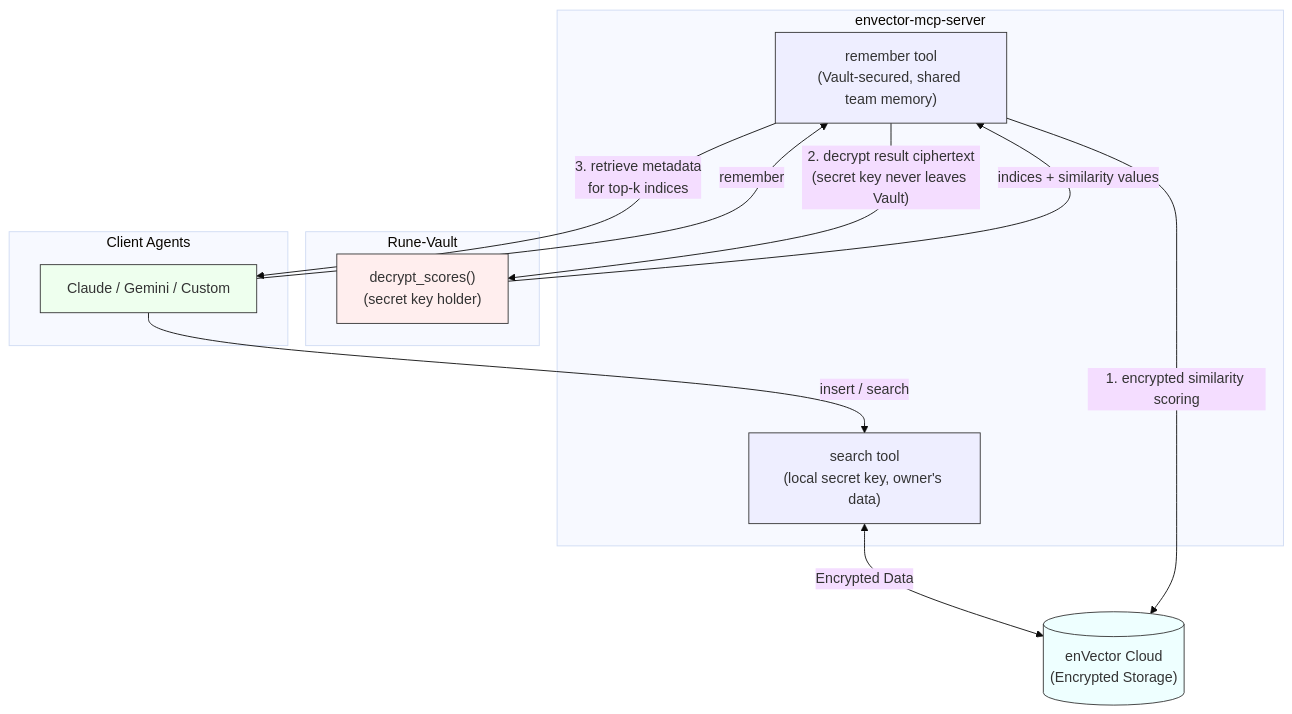
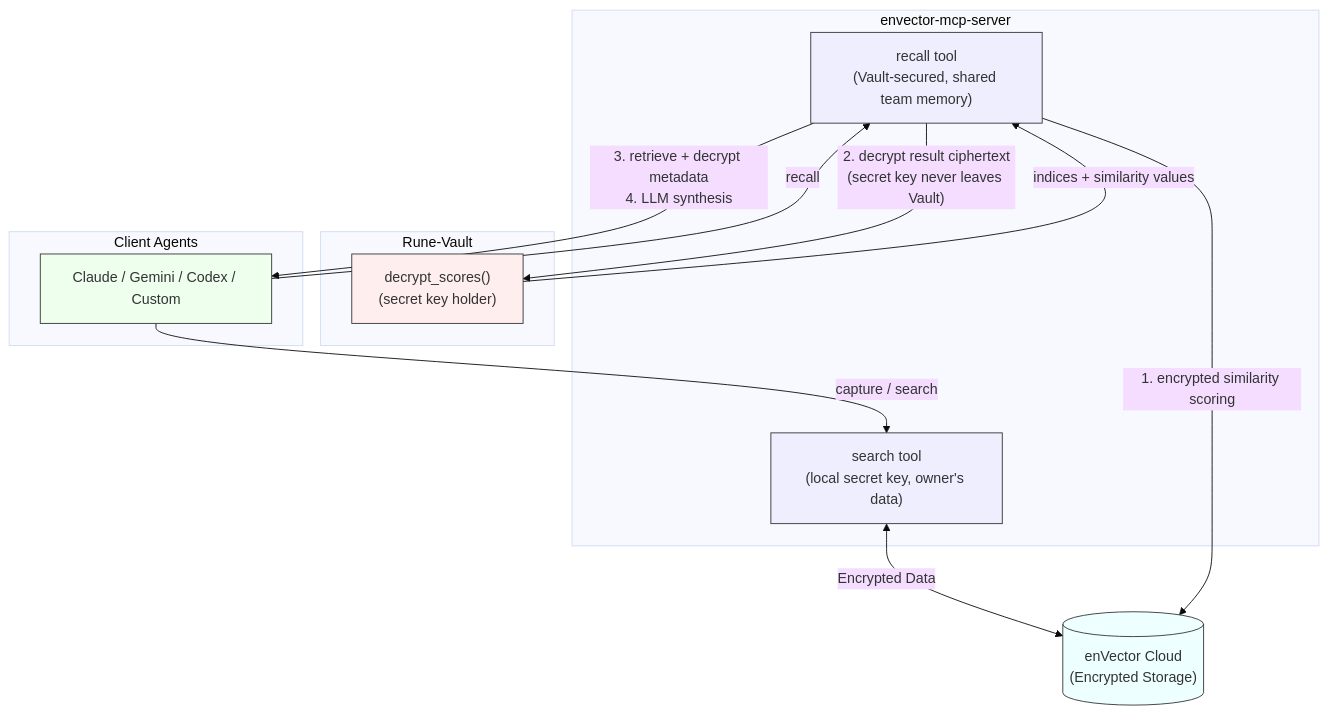
Before and after one commit to CryptoLabInc/rune: the diagram in README.md, drawn with Mermaid (base theme). The commit also changed other lines of this file, not shown here.

````diff
--- a/README.md
+++ b/README.md
@@ -387,35 +92,35 @@
 ```mermaid
 flowchart TD
     Cloud[("enVector Cloud<br>(Encrypted Storage)")]
 
     subgraph MCP [envector-mcp-server]
         Search["search tool<br>(local secret key, owner's data)"]
-        Remember["remember tool<br>(Vault-secured, shared team memory)"]
+        Recall["recall tool<br>(Vault-secured, shared team memory)"]
     end
 
     subgraph Vault [Rune-Vault]
         Decrypt["decrypt_scores()<br>(secret key holder)"]
     end
 
     subgraph Client [Client Agents]
-        Agent["Claude / Gemini / Custom"]
+        Agent["Claude / Gemini / Codex / Custom"]
     end
 
     %% Capture flow
-    Agent -- "insert / search" --> Search
+    Agent -- "capture / search" --> Search
     Search <-->|Encrypted Data| Cloud
 
-    %% Recall flow (3-step pipeline)
-    Agent -- "remember" --> Remember
-    Remember -- "1. encrypted similarity scoring" --> Cloud
-    Remember -- "2. decrypt result ciphertext<br>(secret key never leaves Vault)" --> Decrypt
-    Decrypt -- "indices + similarity values" --> Remember
-    Remember -- "3. retrieve metadata<br>for top-k indices" --> Agent
+    %% Recall flow (4-step pipeline)
+    Agent -- "recall" --> Recall
+    Recall -- "1. encrypted similarity scoring" --> Cloud
+    Recall -- "2. decrypt result ciphertext<br>(secret key never leaves Vault)" --> Decrypt
+    Decrypt -- "indices + similarity values" --> Recall
+    Recall -- "3. retrieve + decrypt metadata<br>4. LLM synthesis" --> Agent
 
     %% Styles
     style Cloud fill:#eff,stroke:#333
     style Search fill:#eef,stroke:#333
-    style Remember fill:#eef,stroke:#333
+    style Recall fill:#eef,stroke:#333
     style Decrypt fill:#fee,stroke:#333
     style Agent fill:#efe,stroke:#333
 ```
````
